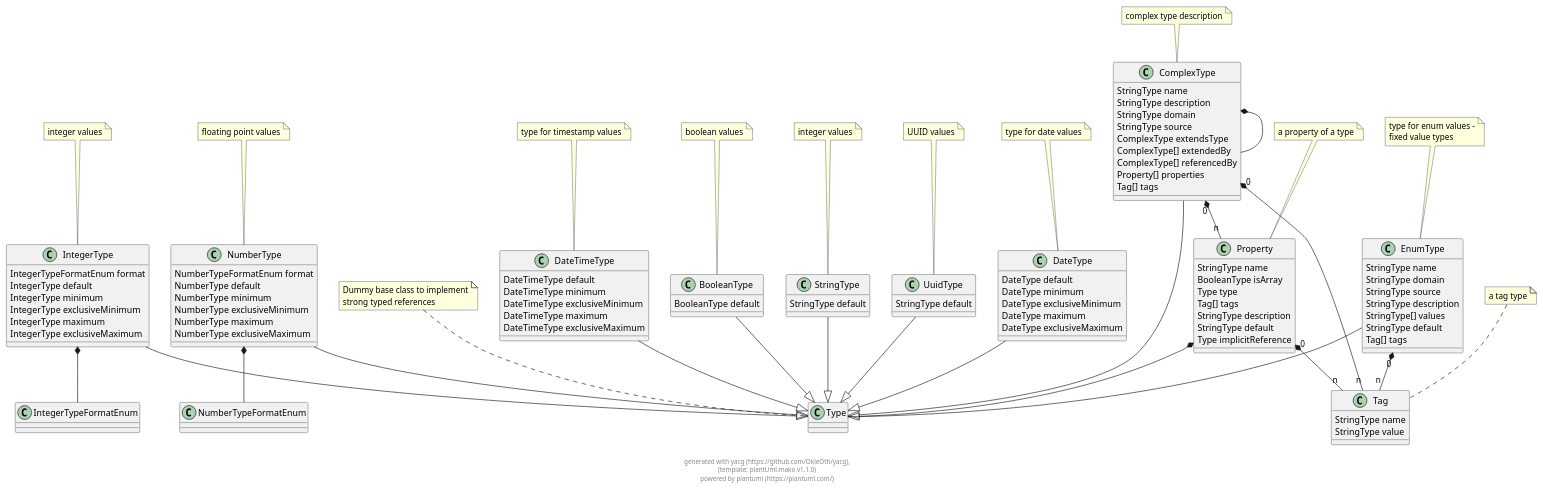
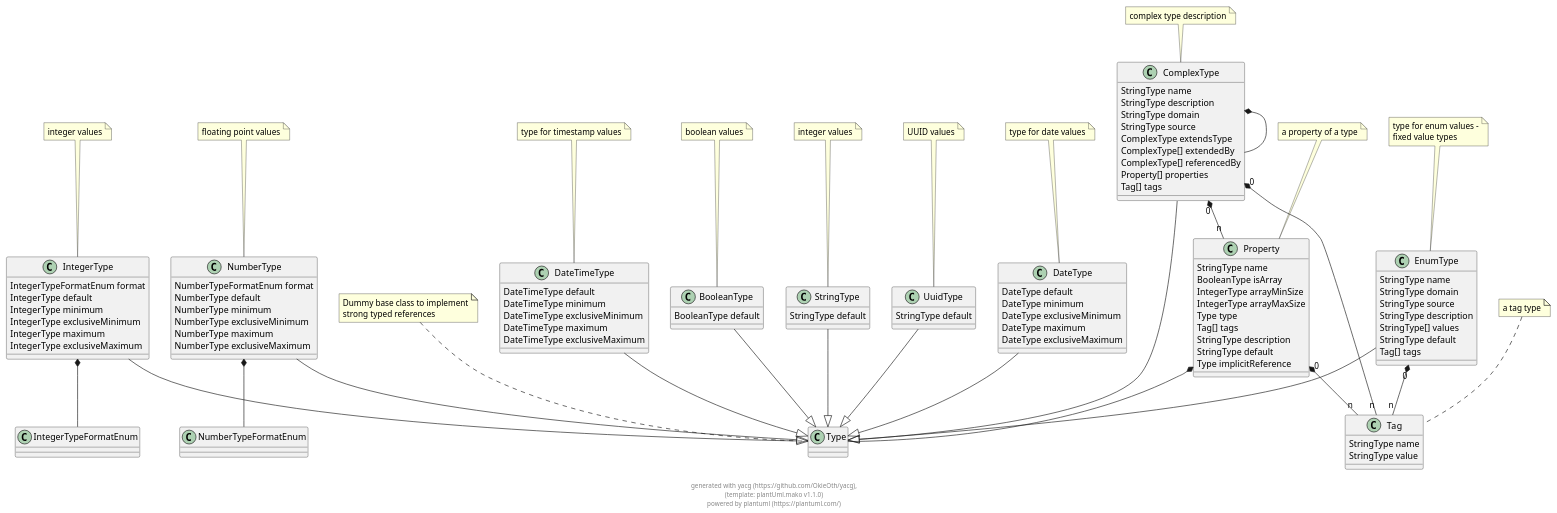
One commit to OkieOth/yacg changed the diagram in docs/puml/yacg_model.puml. Above: the diagram before and after it, drawn with PlantUML. The commit also changed 3 other files, not shown here.

```diff
--- a/docs/puml/yacg_model.puml
+++ b/docs/puml/yacg_model.puml
@@ -2,163 +2,165 @@
 @startuml
 
 class Type {
 }
  
 note top: Dummy base class to implement\nstrong typed references
 
 class IntegerType {
     IntegerTypeFormatEnum format 
     IntegerType default 
     IntegerType minimum 
     IntegerType exclusiveMinimum 
     IntegerType maximum 
     IntegerType exclusiveMaximum 
 }
  
 note top: integer values
 
 IntegerType --|> Type
 class IntegerTypeFormatEnum {
 }
  
 
 class NumberType {
     NumberTypeFormatEnum format 
     NumberType default 
     NumberType minimum 
     NumberType exclusiveMinimum 
     NumberType maximum 
     NumberType exclusiveMaximum 
 }
  
 note top: floating point values
 
 NumberType --|> Type
 class NumberTypeFormatEnum {
 }
  
 
 class BooleanType {
     BooleanType default 
 }
  
 note top: boolean values
 
 BooleanType --|> Type
 class StringType {
     StringType default 
 }
  
 note top: integer values
 
 StringType --|> Type
 class UuidType {
     StringType default 
 }
  
 note top: UUID values
 
 UuidType --|> Type
 class EnumType {
     StringType name 
     StringType domain 
     StringType source 
     StringType description 
     StringType[] values 
     StringType default 
     Tag[] tags 
 }
  
 note top: type for enum values -\nfixed value types
 
 EnumType --|> Type
 class Tag {
     StringType name 
     StringType value 
 }
  
 note top: a tag type
 
 class DateType {
     DateType default 
     DateType minimum 
     DateType exclusiveMinimum 
     DateType maximum 
     DateType exclusiveMaximum 
 }
  
 note top: type for date values
 
 DateType --|> Type
 class DateTimeType {
     DateTimeType default 
     DateTimeType minimum 
     DateTimeType exclusiveMinimum 
     DateTimeType maximum 
     DateTimeType exclusiveMaximum 
 }
  
 note top: type for timestamp values
 
 DateTimeType --|> Type
 class ComplexType {
     StringType name 
     StringType description 
     StringType domain 
     StringType source 
     ComplexType extendsType 
     ComplexType[] extendedBy 
     ComplexType[] referencedBy 
     Property[] properties 
     Tag[] tags 
 }
  
 note top: complex type description
 
 ComplexType --|> Type
 class Property {
     StringType name 
     BooleanType isArray 
+    IntegerType arrayMinSize 
+    IntegerType arrayMaxSize 
     Type type 
     Tag[] tags 
     StringType description 
     StringType default 
     Type implicitReference 
 }
  
 note top: a property of a type
 
 
     
     
 IntegerType  *--  IntegerTypeFormatEnum        
             
     
     
 NumberType  *--  NumberTypeFormatEnum        
             
     
     
     
     
     
 EnumType "0" *-- "n" Tag        
             
     
     
     
     
 ComplexType  *--  ComplexType        
             
 ComplexType "0" *-- "n" Property        
             
 ComplexType "0" *-- "n" Tag        
             
     
 Property  *--  Type        
             
 Property "0" *-- "n" Tag        
             
 
 footer \ngenerated with yacg (https://github.com/OkieOth/yacg),\n(template: plantUml.mako v1.1.0)\npowered by plantuml (https://plantuml.com/)
 @enduml
```
